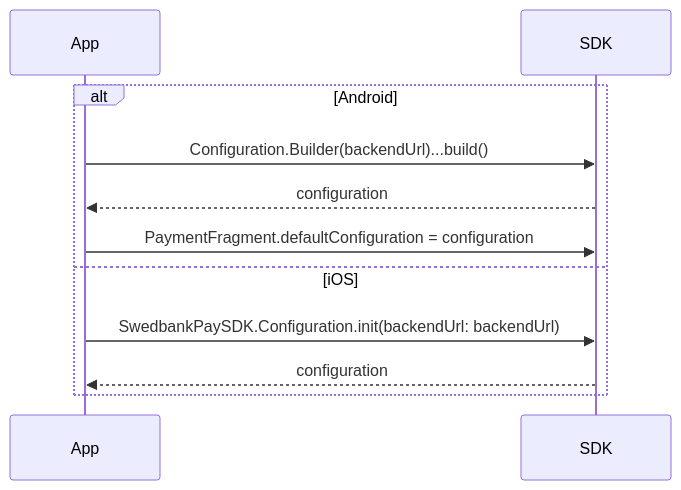
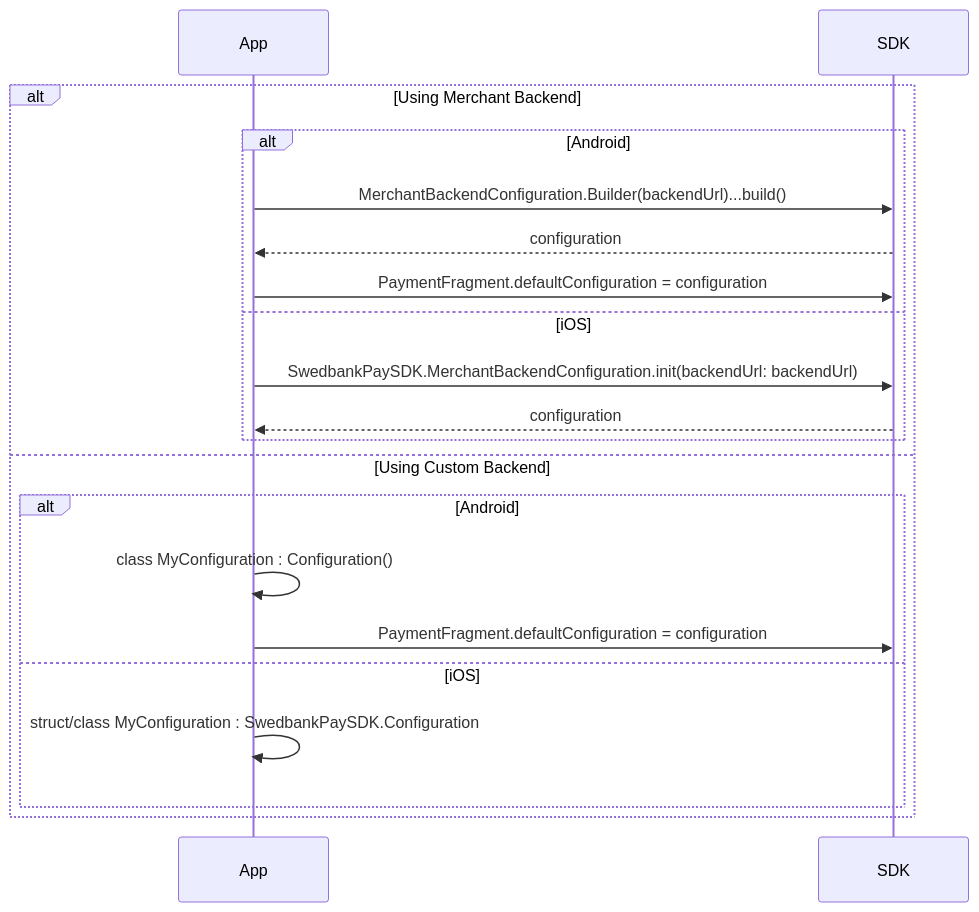
Before and after one commit to SwedbankPay/developer.swedbankpay.com: the first of 8 diagrams in modules-sdks/mobile-sdk/process-diagrams.md, drawn with Mermaid. The commit also changed other lines of this file and 7 other files, not shown here.

Commit message:
Update Mobile SDK configuration to include integration with custom backends.

````diff
--- a/modules-sdks/mobile-sdk/process-diagrams.md
+++ b/modules-sdks/mobile-sdk/process-diagrams.md
@@ -28,11 +30,20 @@
 ```mermaid
 sequenceDiagram
-    alt Android
-        App ->> SDK: Configuration.Builder(backendUrl)...build()
-        SDK -->> App: configuration
-        App ->> SDK: PaymentFragment.defaultConfiguration = configuration
-    else iOS
-        App ->> SDK: SwedbankPaySDK.Configuration.init(backendUrl: backendUrl)
-        SDK -->> App: configuration
+    alt Using Merchant Backend
+        alt Android
+            App ->> SDK: MerchantBackendConfiguration.Builder(backendUrl)...build()
+            SDK -->> App: configuration
+            App ->> SDK: PaymentFragment.defaultConfiguration = configuration
+        else iOS
+            App ->> SDK: SwedbankPaySDK.MerchantBackendConfiguration.init(backendUrl: backendUrl)
+            SDK -->> App: configuration
+        end
+    else Using Custom Backend
+        alt Android
+            App ->> App: class MyConfiguration : Configuration()
+            App ->> SDK: PaymentFragment.defaultConfiguration = configuration
+        else iOS
+            App ->> App: struct/class MyConfiguration : SwedbankPaySDK.Configuration
+        end
     end
 ```
````
